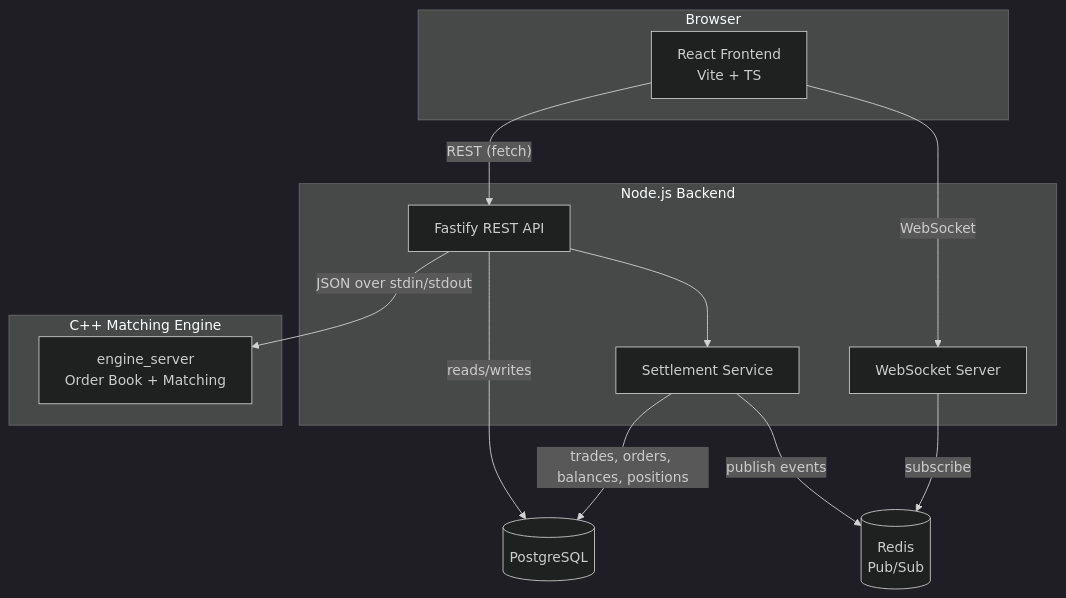
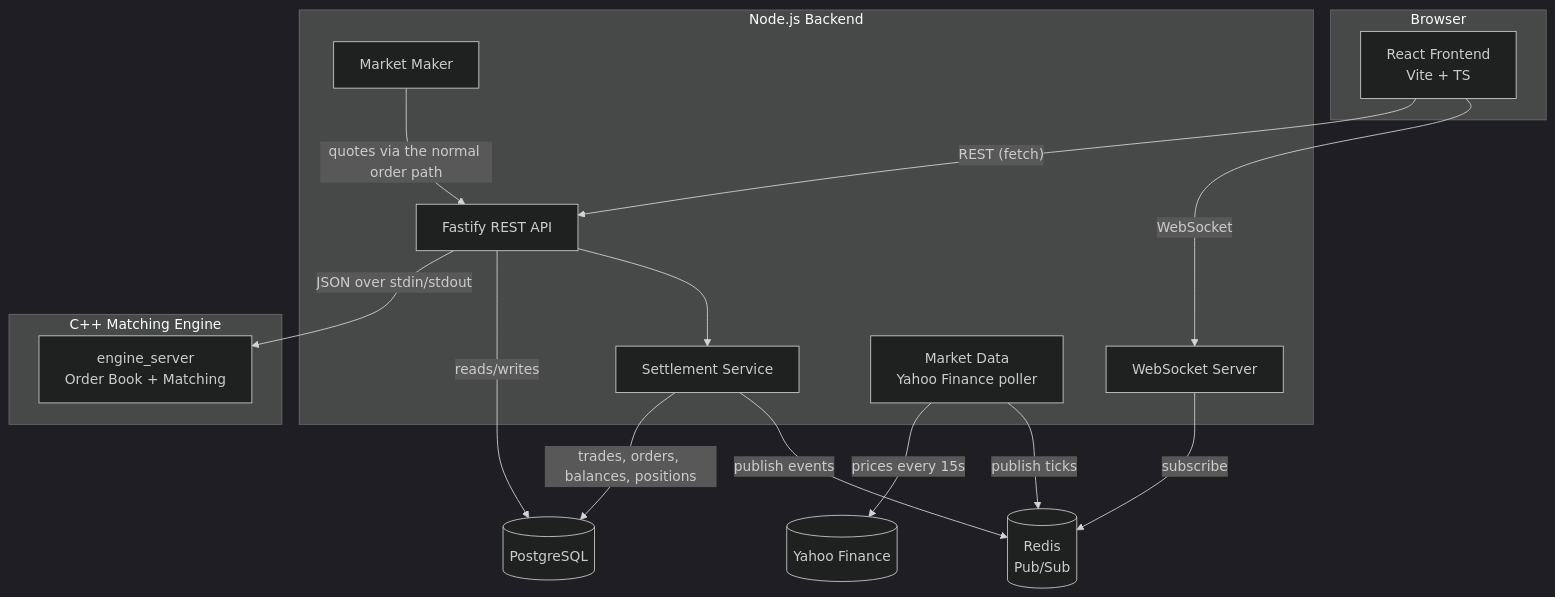
One commit to Prajwalwho/TradeCore changed the diagram in README.md. Above: the diagram before and after it, drawn with Mermaid (dark theme). The commit also changed other lines of this file, not shown here.

Commit message:
Update README for real prices and market maker

````diff
--- a/README.md
+++ b/README.md
@@ -15,28 +25,34 @@
 ```mermaid
 graph TD
     subgraph Browser
         FE[React Frontend<br/>Vite + TS]
     end
-
+ 
     subgraph "Node.js Backend"
         API[Fastify REST API]
         WS[WebSocket Server]
         SETTLE[Settlement Service]
+        MD[Market Data<br/>Yahoo Finance poller]
+        MM[Market Maker]
     end
-
+ 
     subgraph "C++ Matching Engine"
         ENGINE[engine_server<br/>Order Book + Matching]
     end
-
+ 
     PG[(PostgreSQL)]
     REDIS[(Redis<br/>Pub/Sub)]
-
+    YAHOO[(Yahoo Finance)]
+ 
     FE -- "REST (fetch)" --> API
     FE -- "WebSocket" --> WS
     API -- "JSON over stdin/stdout" --> ENGINE
     API -- reads/writes --> PG
     SETTLE -- "trades, orders, balances, positions" --> PG
     SETTLE -- "publish events" --> REDIS
+    MD -- "prices every 15s" --> YAHOO
+    MD -- "publish ticks" --> REDIS
+    MM -- "quotes via the normal order path" --> API
     WS -- "subscribe" --> REDIS
     API --> SETTLE
 ```
````
